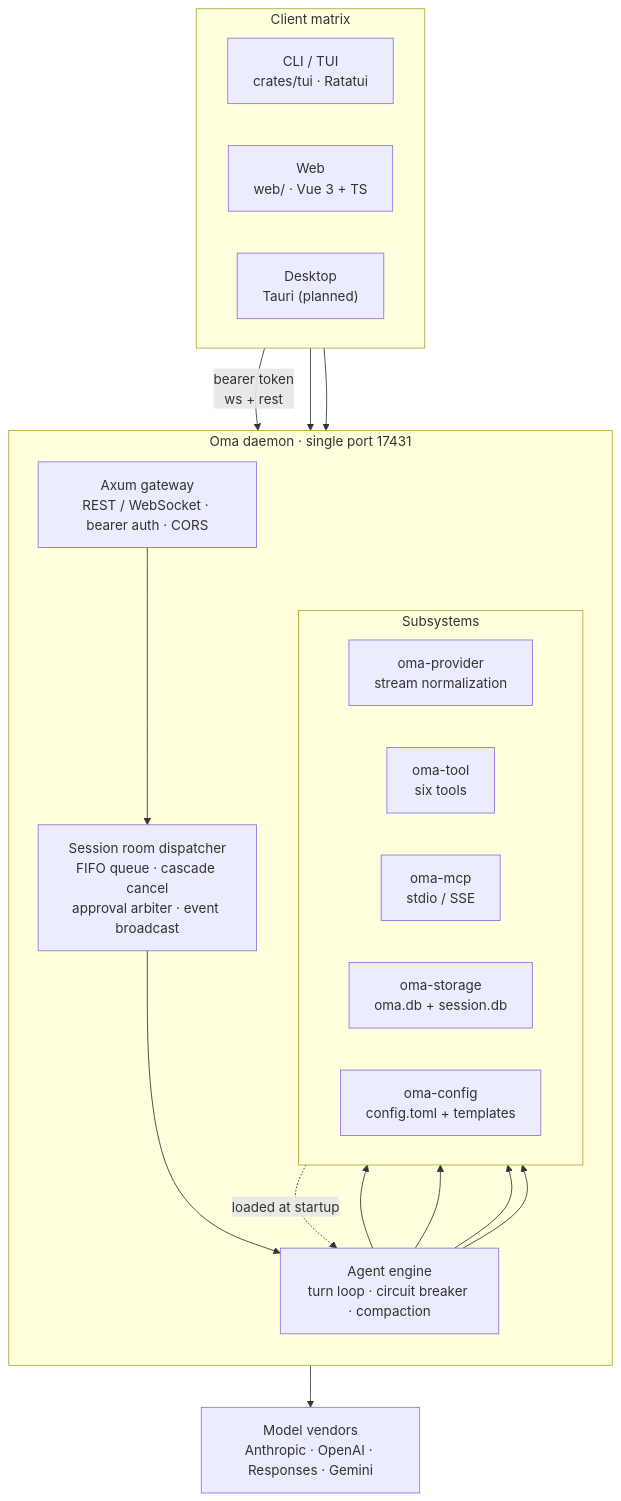
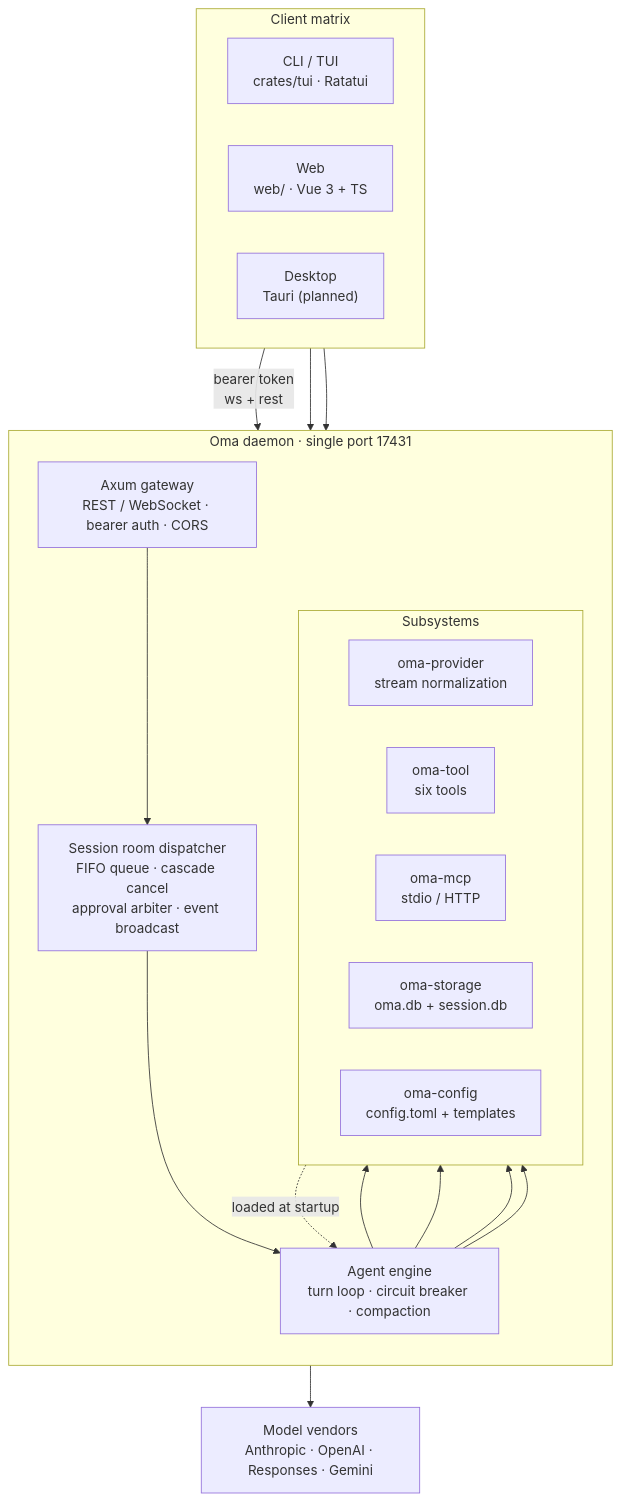
The diagram in README.en.md (waittide/oma), drawn with Mermaid before and after one commit. The commit also changed other lines of this file and 3 other files, not shown here.

First line of the commit message:
docs: 更正 MCP 远程传输为 HTTP POST

````diff
--- a/README.en.md
+++ b/README.en.md
@@ -121,36 +121,36 @@
 ```mermaid
 flowchart TB
     subgraph Clients["Client matrix"]
         direction LR
         TUI["CLI / TUI<br/>crates/tui · Ratatui"]
         WEB["Web<br/>web/ · Vue 3 + TS"]
         DESK["Desktop<br/>Tauri (planned)"]
     end
 
     subgraph Daemon["Oma daemon · single port 17431"]
         direction TB
         GW["Axum gateway<br/>REST / WebSocket · bearer auth · CORS"]
         ROOM["Session room dispatcher<br/>FIFO queue · cascade cancel<br/>approval arbiter · event broadcast"]
         ENGINE["Agent engine<br/>turn loop · circuit breaker · compaction"]
         subgraph Sub["Subsystems"]
             direction LR
             PROV["oma-provider<br/>stream normalization"]
             TOOL["oma-tool<br/>six tools"]
-            MCP["oma-mcp<br/>stdio / SSE"]
+            MCP["oma-mcp<br/>stdio / HTTP"]
             STORE["oma-storage<br/>oma.db + session.db"]
             CONF["oma-config<br/>config.toml + templates"]
         end
     end
 
     VENDORS["Model vendors<br/>Anthropic · OpenAI · Responses · Gemini"]
 
     TUI -->|"bearer token<br/>ws + rest"| GW
     WEB --> GW
     DESK --> GW
     GW --> ROOM --> ENGINE
     ENGINE --> PROV --> VENDORS
     ENGINE --> TOOL
     ENGINE --> MCP
     ENGINE --> STORE
     CONF -.->|"loaded at startup"| ENGINE
 ```
````
